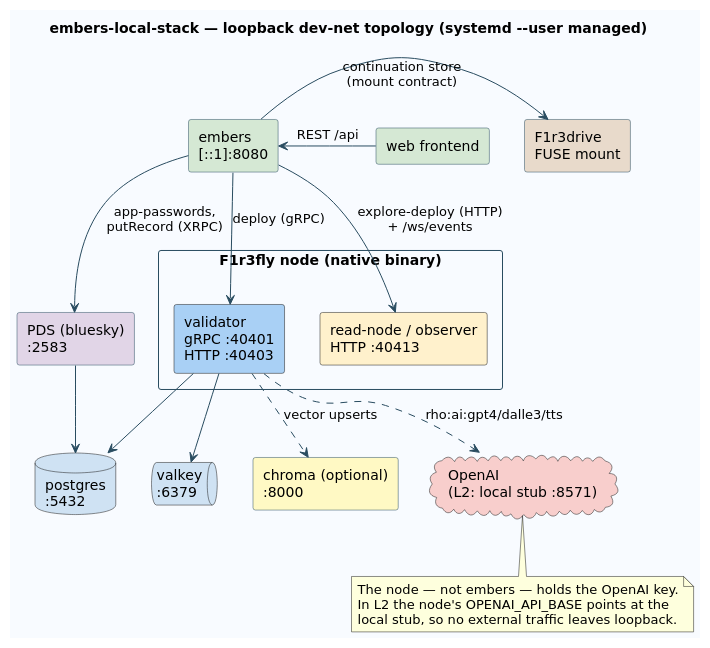
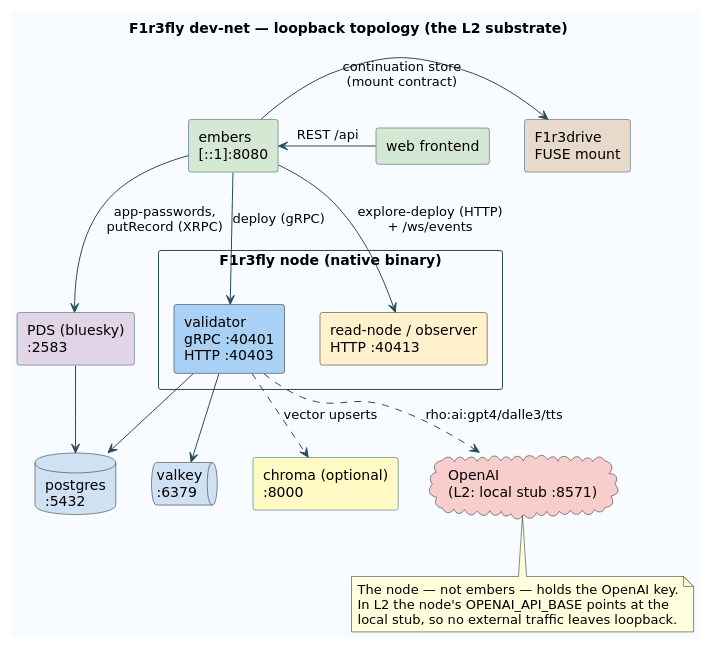
The diagram in docs/diagrams/27-local-stack-topology.puml (F1R3FLY-io/embers), drawn with PlantUML before and after one commit. The commit also changed 6 other files, not shown here.

First line of the commit message:
refactor(l2): decouple all committed L2 artifacts from stack.sh

```diff
--- a/docs/diagrams/27-local-stack-topology.puml
+++ b/docs/diagrams/27-local-stack-topology.puml
@@ -1,44 +1,45 @@
 @startuml 27-local-stack-topology
-' embers-local-stack loopback topology (stack.sh). All endpoints bind loopback.
+' F1r3fly dev-net loopback topology (the L2 substrate). All endpoints bind loopback.
+' Brought up by a local launcher external to this repo; embers only needs these endpoints.
 ' Palette per docs/diagrams/README.md.
 skinparam backgroundColor #F8FBFF
 skinparam shadowing false
 skinparam defaultFontName "DejaVu Sans"
 skinparam componentStyle rectangle
 skinparam rectangle {
   BorderColor #294C60
 }
 skinparam ArrowColor #294C60
 
-title embers-local-stack — loopback dev-net topology (systemd --user managed)
+title F1r3fly dev-net — loopback topology (the L2 substrate)
 
 rectangle "F1r3fly node (native binary)" as node {
   component "validator\ngRPC :40401\nHTTP :40403" as validator #A9D0F5
   component "read-node / observer\nHTTP :40413" as observer #FFF1CC
 }
 rectangle "F1r3drive\nFUSE mount" as drive #E8DACB
 rectangle "embers\n[::1]:8080" as embers #D5E8D4
 rectangle "web frontend" as web #D5E8D4
 rectangle "PDS (bluesky)\n:2583" as pds #E1D5E7
 database "postgres\n:5432" as pg #CFE2F3
 queue "valkey\n:6379" as valkey #CFE2F3
 rectangle "chroma (optional)\n:8000" as chroma #FFF9C4
 cloud "OpenAI\n(L2: local stub :8571)" as openai #F8CECC
 
 embers -down-> validator : deploy (gRPC)
 embers -down-> observer  : explore-deploy (HTTP)\n+ /ws/events
 embers -right-> drive    : continuation store\n(mount contract)
 embers -down-> pds       : app-passwords,\nputRecord (XRPC)
 web -left-> embers       : REST /api
 validator ..> openai     : rho:ai:gpt4/dalle3/tts
 validator -down-> pg
 validator -down-> valkey
 validator ..> chroma     : vector upserts
 pds -down-> pg
 
 note bottom of openai
   The node — not embers — holds the OpenAI key.
   In L2 the node's OPENAI_API_BASE points at the
   local stub, so no external traffic leaves loopback.
 end note
 @enduml
```
